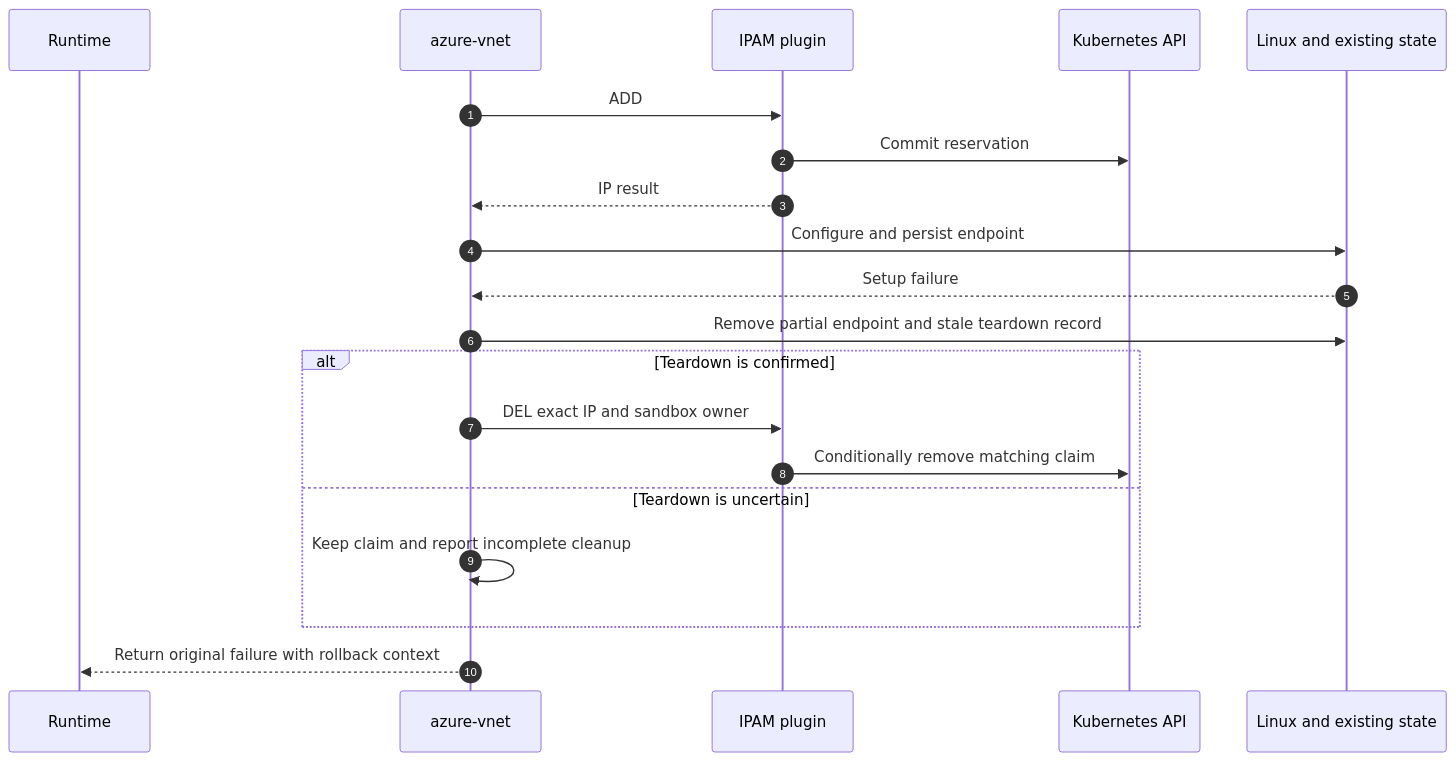
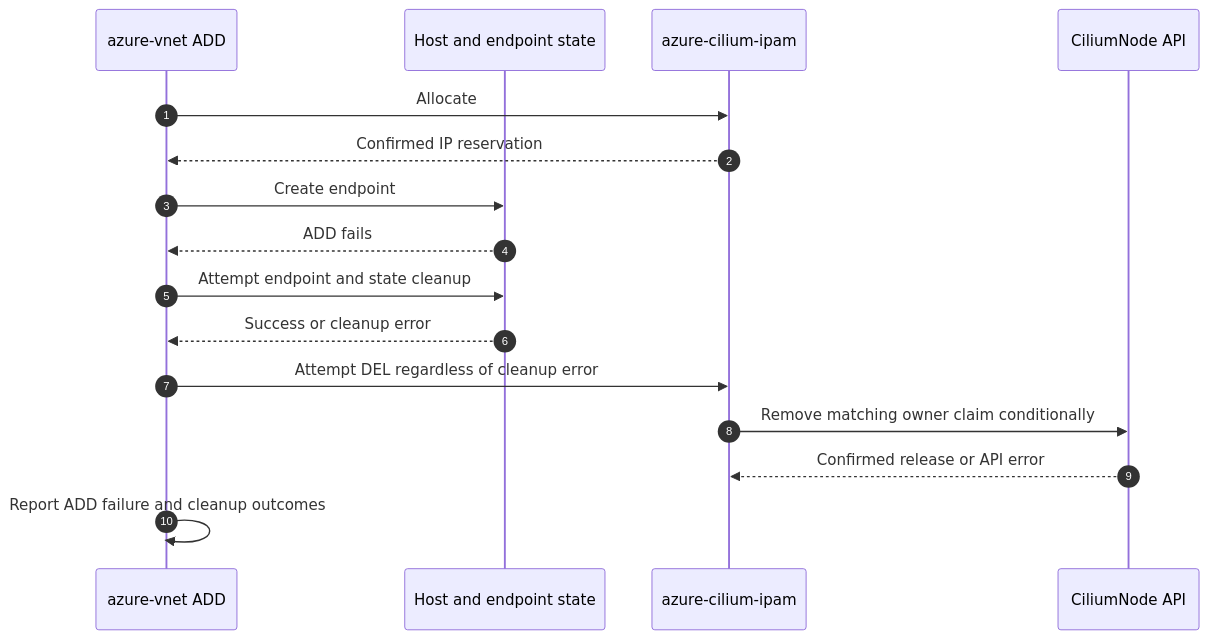
The sixth of 9 diagrams in docs/cilium-operator-ipam.md (Azure/azure-container-networking), drawn with Mermaid before and after one commit. The commit also changed other lines of this file, not shown here.

First line of the commit message:
Refocus the Cilium IPAM lifecycle proposal

````diff
--- a/docs/cilium-operator-ipam.md
+++ b/docs/cilium-operator-ipam.md
@@ -784,22 +321,18 @@
 ```mermaid
 sequenceDiagram
     autonumber
-    participant R as Runtime
-    participant C as azure-vnet
-    participant I as IPAM plugin
-    participant K as Kubernetes API
-    participant L as Linux and existing state
-    C->>I: ADD
-    I->>K: Commit reservation
-    I-->>C: IP result
-    C->>L: Configure and persist endpoint
-    L-->>C: Setup failure
-    C->>L: Remove partial endpoint and stale teardown record
-    alt Teardown is confirmed
-        C->>I: DEL exact IP and sandbox owner
-        I->>K: Conditionally remove matching claim
-    else Teardown is uncertain
-        C->>C: Keep claim and report incomplete cleanup
-    end
-    C-->>R: Return original failure with rollback context
+    participant C as azure-vnet ADD
+    participant H as Host and endpoint state
+    participant I as azure-cilium-ipam
+    participant K as CiliumNode API
+    C->>I: Allocate
+    I-->>C: Confirmed IP reservation
+    C->>H: Create endpoint
+    H-->>C: ADD fails
+    C->>H: Attempt endpoint and state cleanup
+    H-->>C: Success or cleanup error
+    C->>I: Attempt DEL regardless of cleanup error
+    I->>K: Remove matching owner claim conditionally
+    K-->>I: Confirmed release or API error
+    C->>C: Report ADD failure and cleanup outcomes
 ```
````
